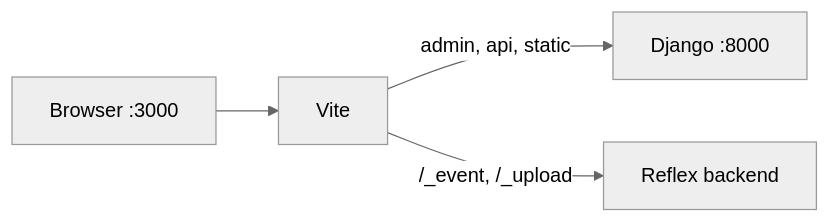
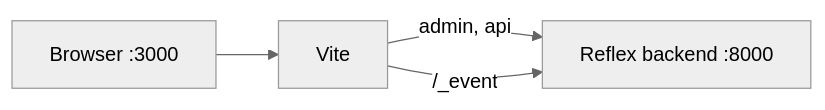
The diagram in docs/getting-started/local_development.md (web7ai/reflex-django), drawn with Mermaid (neutral theme) before and after one commit. The commit also changed other lines of this file and 141 other files, not shown here.

````diff
--- a/docs/getting-started/local_development.md
+++ b/docs/getting-started/local_development.md
@@ -52,6 +43,6 @@
 ```mermaid
 flowchart LR
   Browser["Browser :3000"] --> Vite[Vite]
-  Vite -->|"admin, api, static"| Django["Django :8000"]
-  Vite -->|"/_event, /_upload"| Reflex[Reflex backend]
+  Vite -->|"admin, api"| Backend["Reflex backend :8000"]
+  Vite -->|"/_event"| Backend
 ```
````
